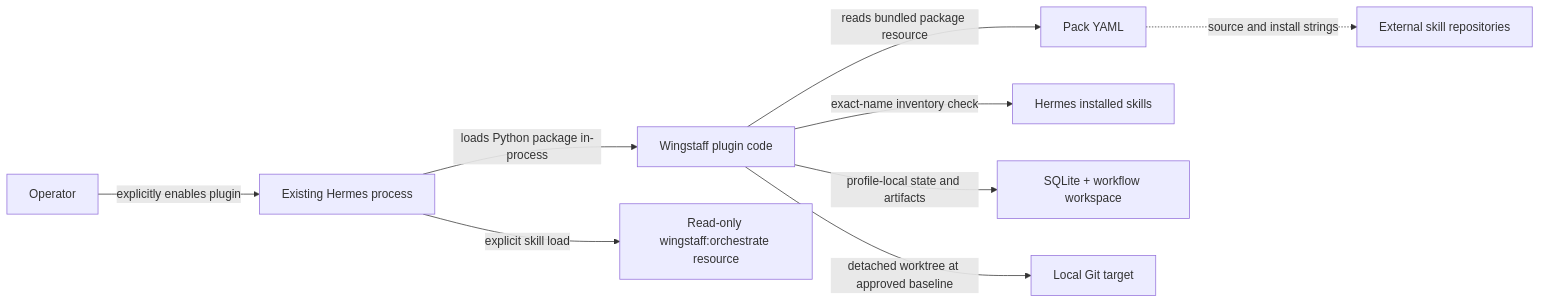
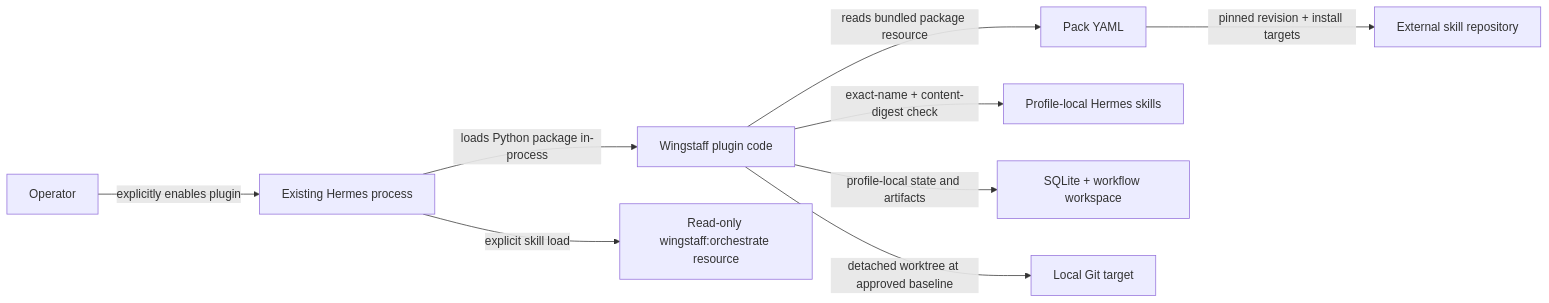
The diagram in docs/06-security.md (forgegod/daidala), drawn with Mermaid before and after one commit. The commit also changed other lines of this file and 19 other files, not shown here.

````diff
--- a/docs/06-security.md
+++ b/docs/06-security.md
@@ -9,11 +9,11 @@
 ```mermaid
 flowchart LR
     OP["Operator"] -->|"explicitly enables plugin"| H["Existing Hermes process"]
     H -->|"loads Python package in-process"| W["Wingstaff plugin code"]
     W -->|"reads bundled package resource"| Y["Pack YAML"]
-    W -->|"exact-name inventory check"| I["Hermes installed skills"]
+    W -->|"exact-name + content-digest check"| I["Profile-local Hermes skills"]
     W -->|"profile-local state and artifacts"| D["SQLite + workflow workspace"]
     W -->|"detached worktree at approved baseline"| G["Local Git target"]
-    Y -."source and install strings".-> E["External skill repositories"]
+    Y -->|"pinned revision + install targets"| E["External skill repository"]
     H -->|"explicit skill load"| S["Read-only wingstaff:orchestrate resource"]
 ```
````
